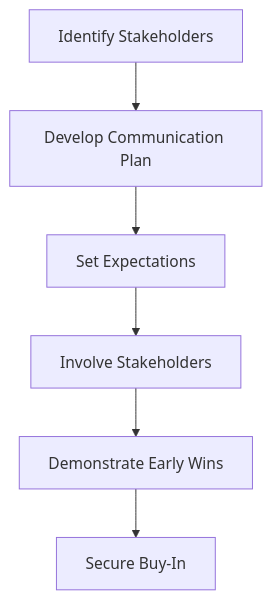
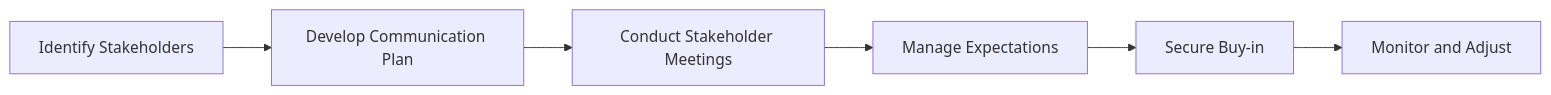
The second of 2 diagrams in content/3/11/3/index.md (MasteryEducation/ClojureForJava.com), drawn with Mermaid before and after one commit. The commit also changed other lines of this file and 74 other files, not shown here.

````diff
--- a/content/3/11/3/index.md
+++ b/content/3/11/3/index.md
@@ -114,8 +147,8 @@
 ```mermaid
-graph TD;
-    A[Identify Stakeholders] --> B[Develop Communication Plan];
-    B --> C[Set Expectations];
-    C --> D[Involve Stakeholders];
-    D --> E[Demonstrate Early Wins];
-    E --> F[Secure Buy-In];
+flowchart LR
+    A[Identify Stakeholders] --> B[Develop Communication Plan]
+    B --> C[Conduct Stakeholder Meetings]
+    C --> D[Manage Expectations]
+    D --> E[Secure Buy-in]
+    E --> F[Monitor and Adjust]
 ```
````
